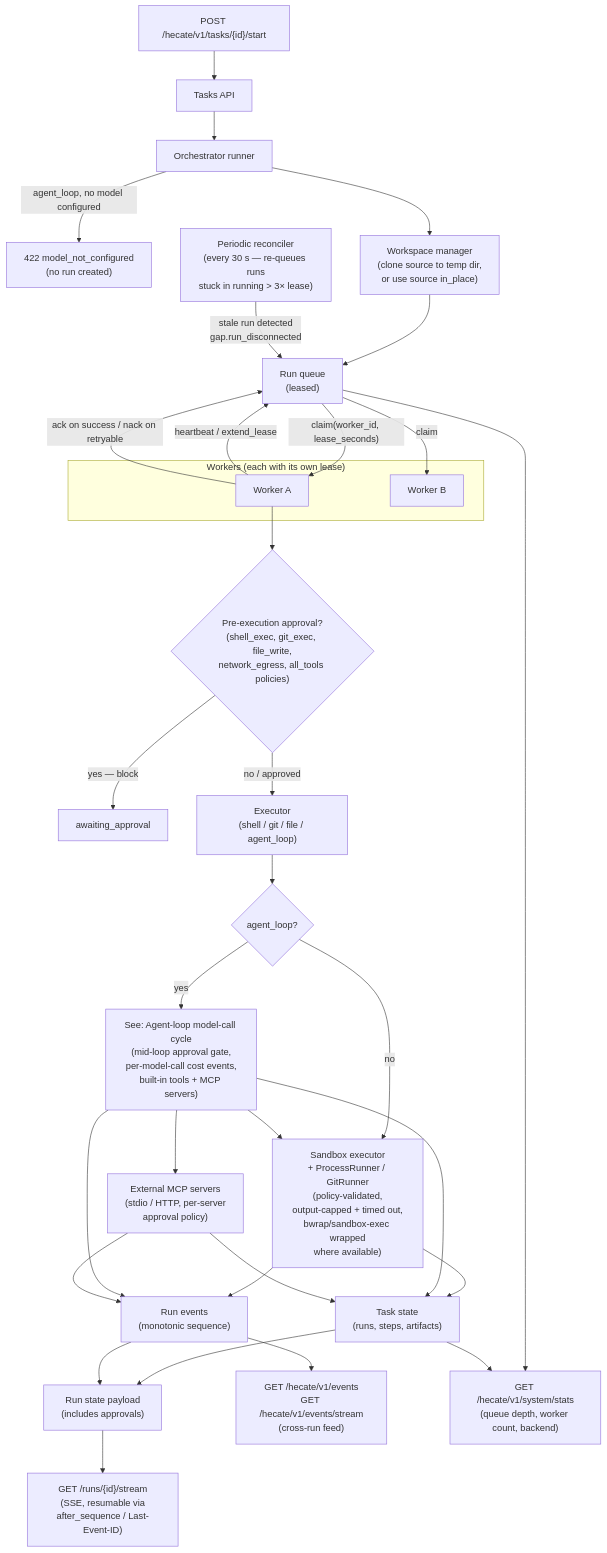
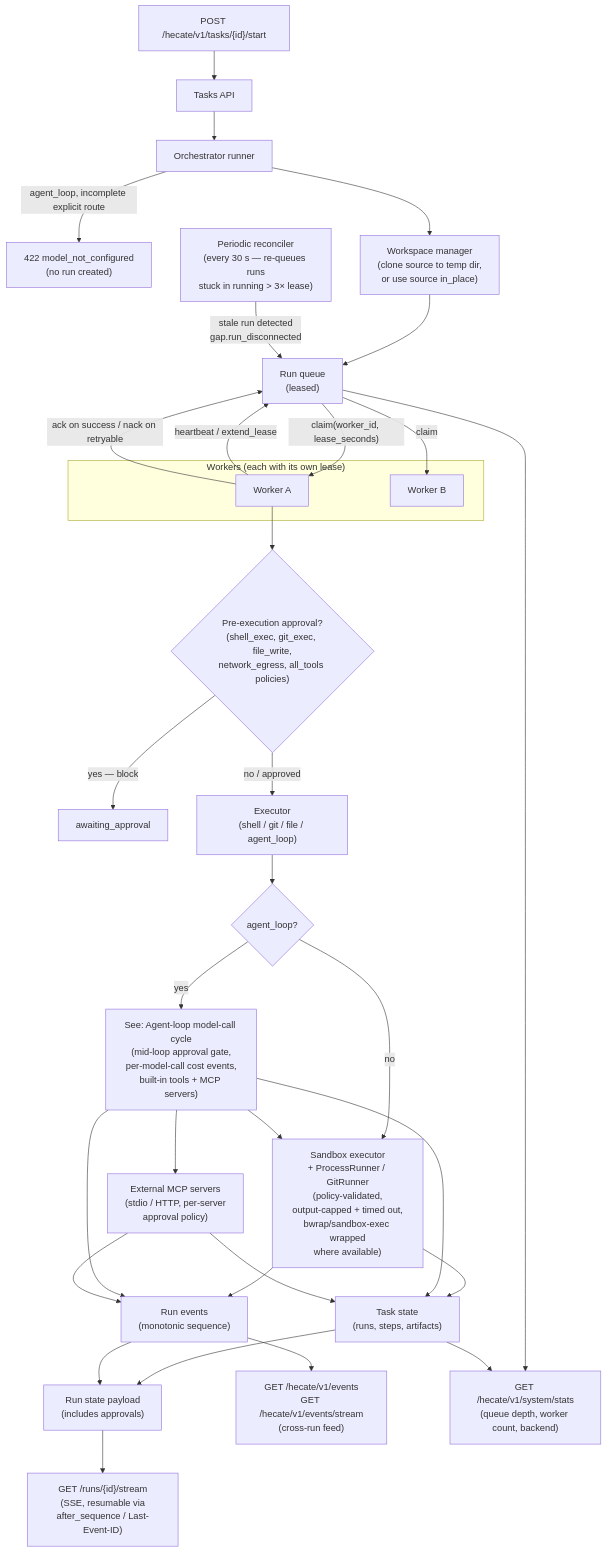
The fifth of 6 diagrams in docs/contributor/architecture.md (hecatehq/hecate), drawn with Mermaid before and after one commit. The commit also changed 28 other files, not shown here.

````diff
--- a/docs/contributor/architecture.md
+++ b/docs/contributor/architecture.md
@@ -332,47 +332,47 @@
 ```mermaid
 flowchart TD
     Caller["POST /hecate/v1/tasks/{id}/start"] --> TasksApi["Tasks API"]
     TasksApi --> Runner["Orchestrator runner"]
-    Runner -->|"agent_loop, no model configured"| ErrModel["422 model_not_configured<br/>(no run created)"]
+    Runner -->|"agent_loop, incomplete explicit route"| ErrModel["422 model_not_configured<br/>(no run created)"]
     Runner --> Workspace["Workspace manager<br/>(clone source to temp dir,<br/>or use source in_place)"]
     Workspace --> Queue["Run queue<br/>(leased)"]
 
     Reconciler["Periodic reconciler<br/>(every 30 s — re-queues runs<br/>stuck in running > 3× lease)"]
     Reconciler -->|"stale run detected<br/>gap.run_disconnected"| Queue
 
     subgraph Workers["Workers (each with its own lease)"]
         WorkerA["Worker A"]
         WorkerB["Worker B"]
     end
 
     Queue -->|"claim(worker_id, lease_seconds)"| WorkerA
     Queue -->|"claim"| WorkerB
     WorkerA -->|"heartbeat / extend_lease"| Queue
     WorkerA -->|"ack on success / nack on retryable"| Queue
 
     WorkerA --> PreApproval{"Pre-execution approval?<br/>(shell_exec, git_exec, file_write,<br/>network_egress, all_tools policies)"}
     PreApproval -->|"yes — block"| Pending["awaiting_approval"]
     PreApproval -->|"no / approved"| Executor
 
     Executor["Executor<br/>(shell / git / file / agent_loop)"]
     Executor --> AgentLoop{"agent_loop?"}
     AgentLoop -->|"yes"| LoopRef["See: Agent-loop model-call cycle<br/>(mid-loop approval gate,<br/>per-model-call cost events,<br/>built-in tools + MCP servers)"]
     AgentLoop -->|"no"| Sandbox["Sandbox executor<br/>+ ProcessRunner / GitRunner<br/>(policy-validated,<br/>output-capped + timed out,<br/>bwrap/sandbox-exec wrapped<br/>where available)"]
     LoopRef --> Sandbox
     LoopRef --> McpServers["External MCP servers<br/>(stdio / HTTP, per-server<br/>approval policy)"]
 
     Sandbox --> State["Task state<br/>(runs, steps, artifacts)"]
     LoopRef --> State
     McpServers --> State
     Sandbox --> RunEvents["Run events<br/>(monotonic sequence)"]
     LoopRef --> RunEvents
     McpServers --> RunEvents
 
     State --> Snapshot["Run state payload<br/>(includes approvals)"]
     RunEvents --> Snapshot
     Snapshot --> Stream["GET /runs/{id}/stream<br/>(SSE, resumable via<br/>after_sequence / Last-Event-ID)"]
     RunEvents --> PublicEvents["GET /hecate/v1/events<br/>GET /hecate/v1/events/stream<br/>(cross-run feed)"]
 
     Queue --> Stats["GET /hecate/v1/system/stats<br/>(queue depth, worker count, backend)"]
     State --> Stats
 ```
````
